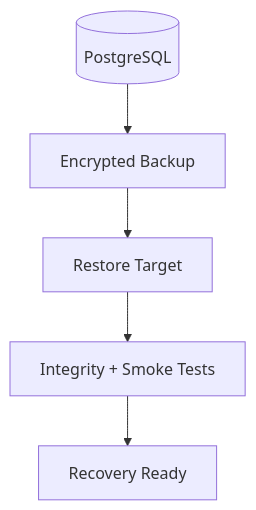
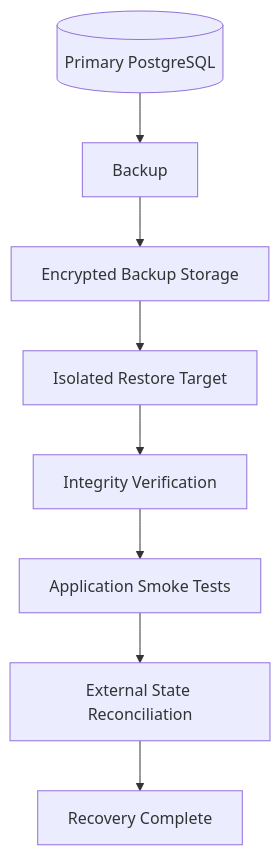
The first of 2 diagrams in docs/data/backup.md (D-engahmed/OMILINKS), drawn with Mermaid before and after one commit. The commit also changed other lines of this file and 3 other files, not shown here.

````diff
--- a/docs/data/backup.md
+++ b/docs/data/backup.md
@@ -13,7 +35,10 @@
-```mermaid
+~~~mermaid
 flowchart TB
-PG[(PostgreSQL)] --> BK[Encrypted Backup]
-BK --> RESTORE[Restore Target]
-RESTORE --> VERIFY[Integrity + Smoke Tests]
-VERIFY --> READY[Recovery Ready]
-```
+    PG[(Primary PostgreSQL)] --> FULL[Backup]
+    FULL --> STORE[Encrypted Backup Storage]
+    STORE --> RESTORE[Isolated Restore Target]
+    RESTORE --> VERIFY[Integrity Verification]
+    VERIFY --> SMOKE[Application Smoke Tests]
+    SMOKE --> RECON[External State Reconciliation]
+    RECON --> READY[Recovery Complete]
+~~~
````
